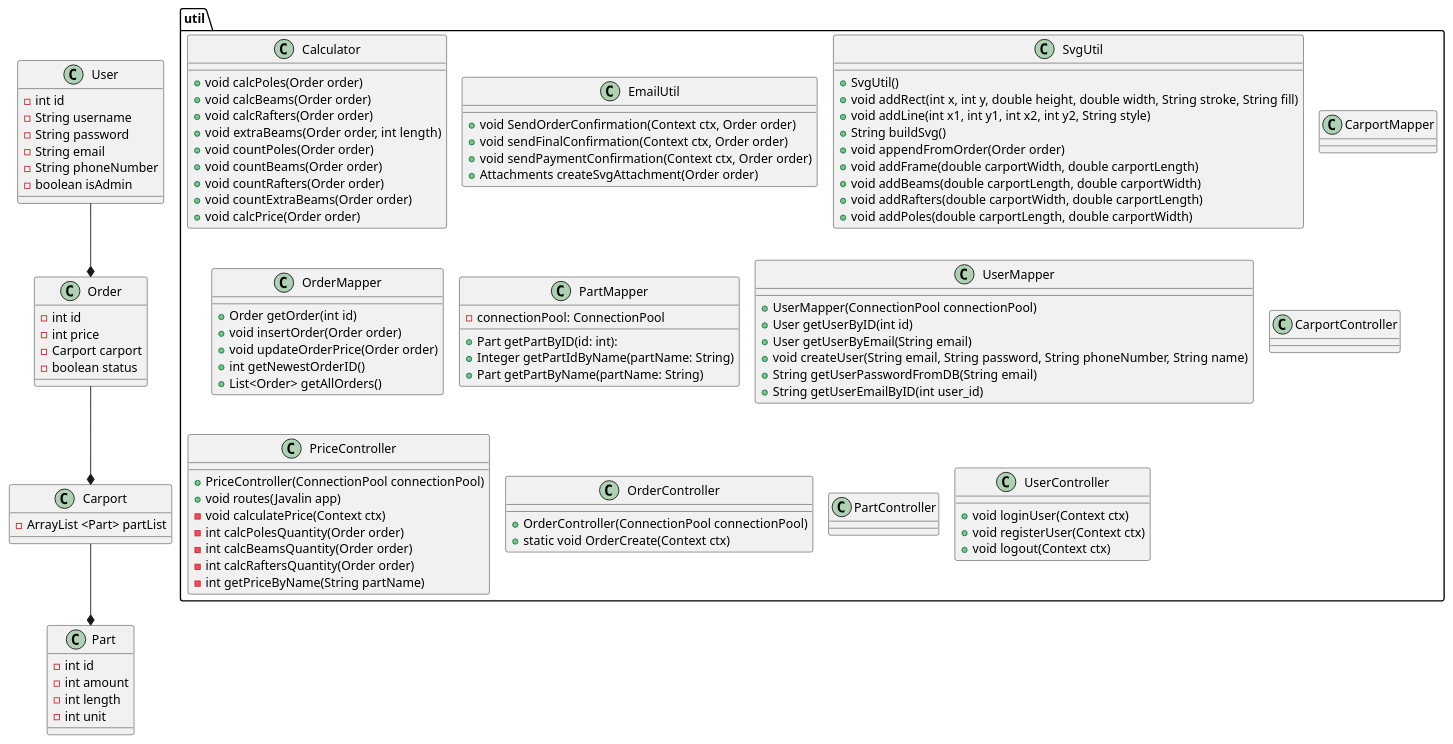
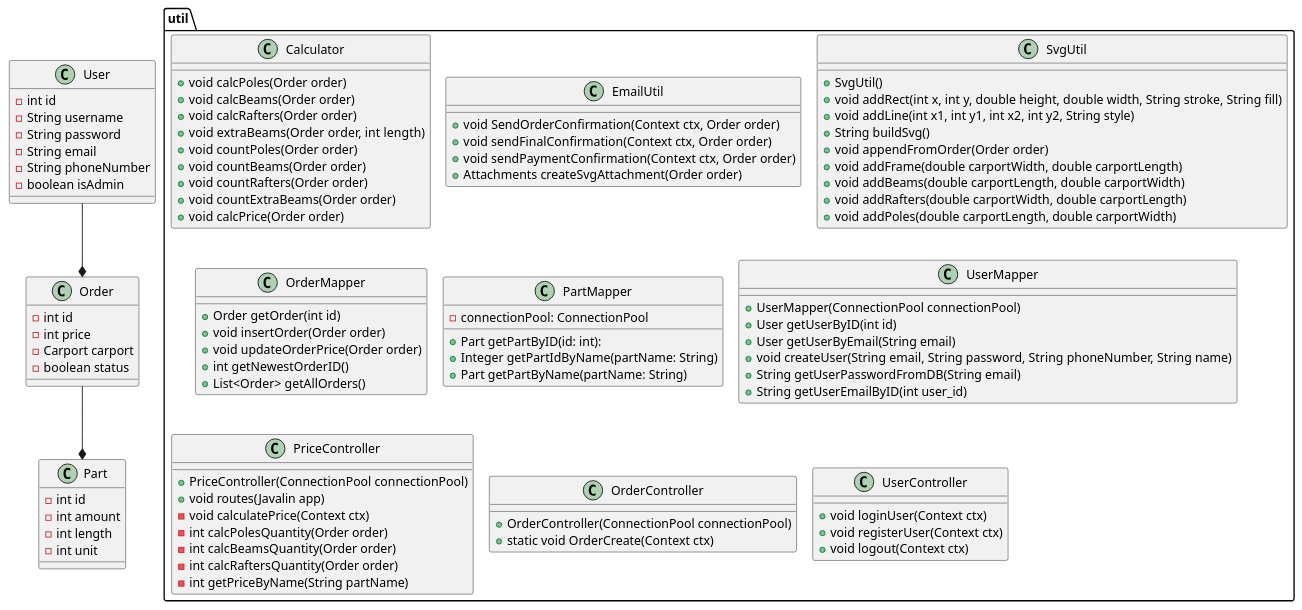
The diagram in doc/classDiagram.puml (AndreasKuke/FogCarportProject), drawn with PlantUML before and after one commit.

Commit message:
Fixed class diagram

```diff
--- a/doc/classDiagram.puml
+++ b/doc/classDiagram.puml
@@ -1,125 +1,108 @@
 @startuml
 !pragma layout smetana
 
 User --* Order
-Order --* Carport
-Carport --* Part
+Order --* Part
 
 Class User {
 - int id
 - String username
 - String password
 - String email
 - String phoneNumber
 - boolean isAdmin
 }
 
 Class Order {
 - int id
 - int price
 - Carport carport
 - boolean status
 }
 
 Class Part {
 - int id
 - int amount
 - int length
 - int unit
-}
-
-Class Carport {
-- ArrayList <Part> partList
 }
 
 Package util {
 class Calculator{
 +void calcPoles(Order order)
 +void calcBeams(Order order)
 +void calcRafters(Order order)
 +void extraBeams(Order order, int length)
 +void countPoles(Order order)
 +void countBeams(Order order)
 +void countRafters(Order order)
 +void countExtraBeams(Order order)
 +void calcPrice(Order order)
 }
 
 class EmailUtil {
     +void SendOrderConfirmation(Context ctx, Order order)
     +void sendFinalConfirmation(Context ctx, Order order)
     +void sendPaymentConfirmation(Context ctx, Order order)
     +Attachments createSvgAttachment(Order order)
 }
 
 class SvgUtil {
     +SvgUtil()
     +void addRect(int x, int y, double height, double width, String stroke, String fill)
     +void addLine(int x1, int y1, int x2, int y2, String style)
     +String buildSvg()
     +void appendFromOrder(Order order)
     +void addFrame(double carportWidth, double carportLength)
     +void addBeams(double carportLength, double carportWidth)
     +void addRafters(double carportWidth, double carportLength)
     +void addPoles(double carportLength, double carportWidth)
 }
 
-Class CarportMapper{
-
-}
-
 class OrderMapper{
 +Order getOrder(int id)
 +void insertOrder(Order order)
 +void updateOrderPrice(Order order)
 +int getNewestOrderID()
 +List<Order> getAllOrders()
 }
 
 class PartMapper {
   - connectionPool: ConnectionPool
   + Part getPartByID(id: int):
   + Integer getPartIdByName(partName: String)
   + Part getPartByName(partName: String)
 }
 
 class UserMapper {
     +UserMapper(ConnectionPool connectionPool)
     +User getUserByID(int id)
     +User getUserByEmail(String email)
     +void createUser(String email, String password, String phoneNumber, String name)
     +String getUserPasswordFromDB(String email)
     +String getUserEmailByID(int user_id)
 }
 
-Class CarportController{
-
-}
-
 class PriceController {
     +PriceController(ConnectionPool connectionPool)
     +void routes(Javalin app)
     -void calculatePrice(Context ctx)
     -int calcPolesQuantity(Order order)
     -int calcBeamsQuantity(Order order)
     -int calcRaftersQuantity(Order order)
     -int getPriceByName(String partName)
 }
 
 class OrderController {
     +OrderController(ConnectionPool connectionPool)
     +static void OrderCreate(Context ctx)
 }
 
-Class PartController{
-
-}
-
 Class UserController{
 +void loginUser(Context ctx)
 +void registerUser(Context ctx)
 +void logout(Context ctx)
 }
 
 }
 @enduml
```
